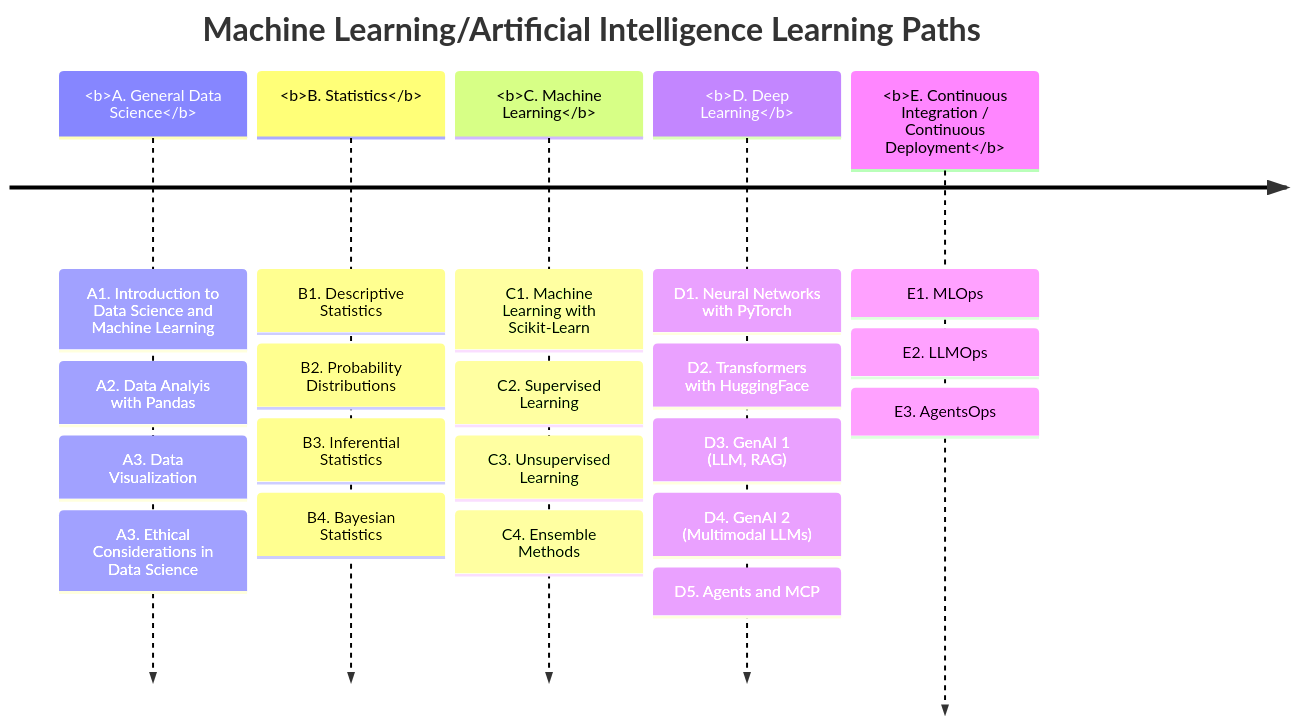
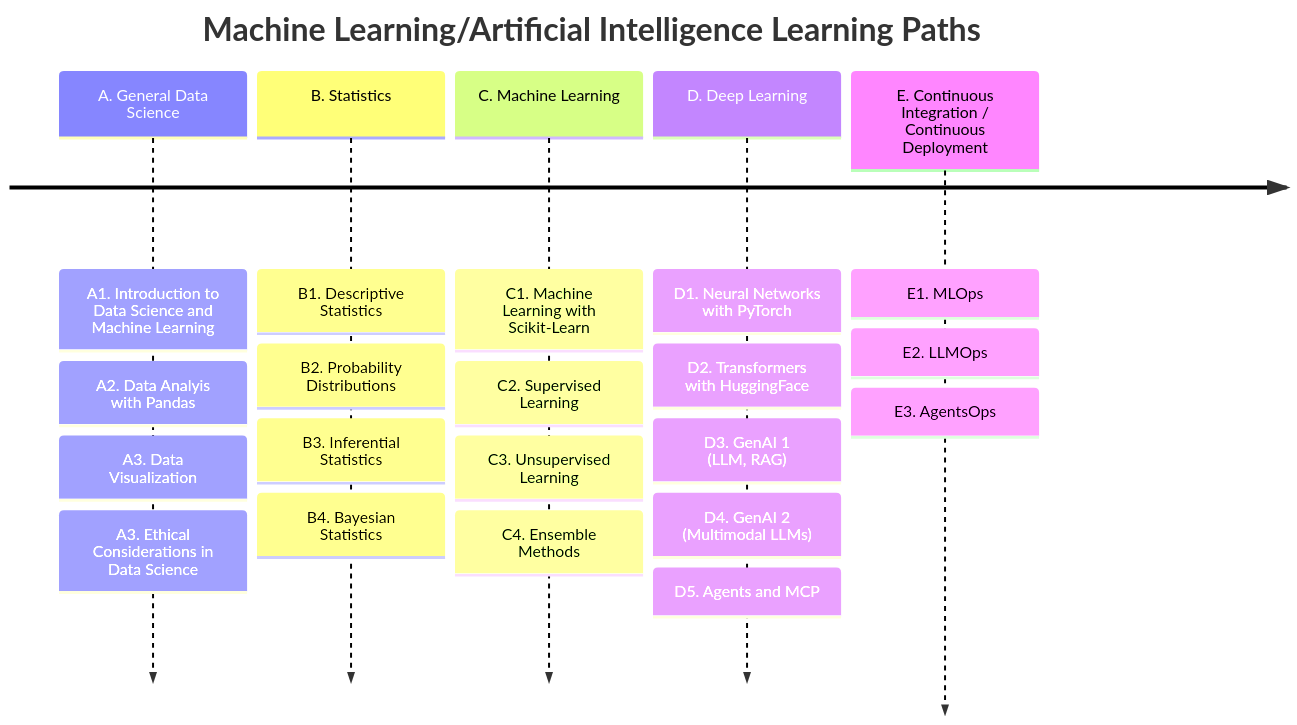
The diagram in docs/mlpaths_grids.md (ua-datalab/ua-datalab.github.io), drawn with Mermaid before and after one commit. The commit also changed other lines of this file, not shown here.

````diff
--- a/docs/mlpaths_grids.md
+++ b/docs/mlpaths_grids.md
@@ -10,25 +10,25 @@
 ```mermaid
 timeline
 
     title Machine Learning/Artificial Intelligence Learning Paths
-    <b>A. General Data Science</b> : A1. Introduction to Data Science and Machine Learning
+     A. General Data Science  : A1. Introduction to Data Science and Machine Learning
     	    	 	     : A2. Data Analyis with Pandas
 			     : A3. Data Visualization
 			     : A3. Ethical Considerations in Data Science
-    <b>B. Statistics</b> : B1. Descriptive Statistics
+     B. Statistics : B1. Descriptive Statistics
                   : B2. Probability Distributions
 		  : B3. Inferential Statistics
 		  : B4. Bayesian Statistics
-    <b>C. Machine Learning</b> : C1. Machine Learning with Scikit-Learn
+     C. Machine Learning  : C1. Machine Learning with Scikit-Learn
        	       		: C2. Supervised Learning
 	        	 : C3. Unsupervised Learning
 			 : C4. Ensemble Methods
-    <b>D. Deep Learning</b> : D1. Neural Networks with PyTorch
+     D. Deep Learning  : D1. Neural Networks with PyTorch
 		    : D2. Transformers with HuggingFace
 		    : D3. GenAI 1 <br> (LLM, RAG) 
 		    : D4. GenAI 2 <br> (Multimodal LLMs)
 		    : D5. Agents and MCP
-    <b>E. Continuous Integration / Continuous Deployment</b>  : E1. MLOps
+     E. Continuous Integration / Continuous Deployment : E1. MLOps
        		  	      		   	       : E2. LLMOps
 						       : E3. AgentsOps
 ```
````
